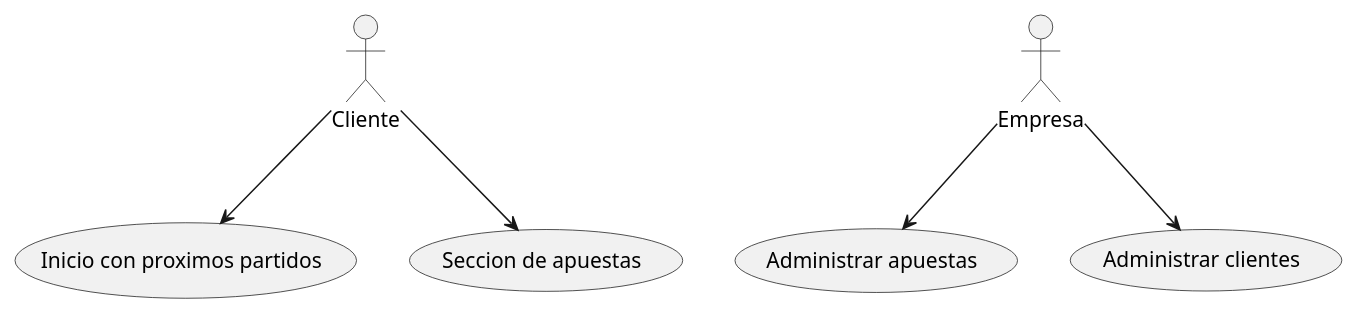
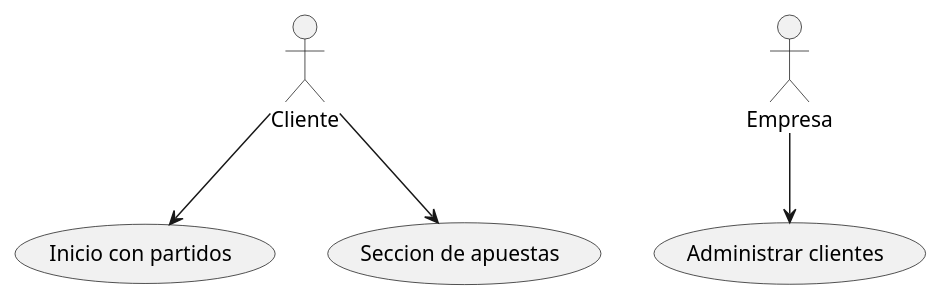
Before and after one commit to GastonFenske/Bookmaker-DS: the diagram in docs/diagrama_caso_de_uso.puml, drawn with PlantUML. The commit also changed 4043 other files, not shown here.

Commit message:
avances en los diagramas

```diff
--- a/docs/diagrama_caso_de_uso.puml
+++ b/docs/diagrama_caso_de_uso.puml
@@ -1,9 +1,8 @@
 @startuml
 
-Cliente --> (Inicio con proximos partidos)
+Cliente --> (Inicio con partidos)
 Cliente --> (Seccion de apuestas)
 
-Empresa --> (Administrar apuestas)
 Empresa --> (Administrar clientes)
 
-@endum
+@enduml
```
